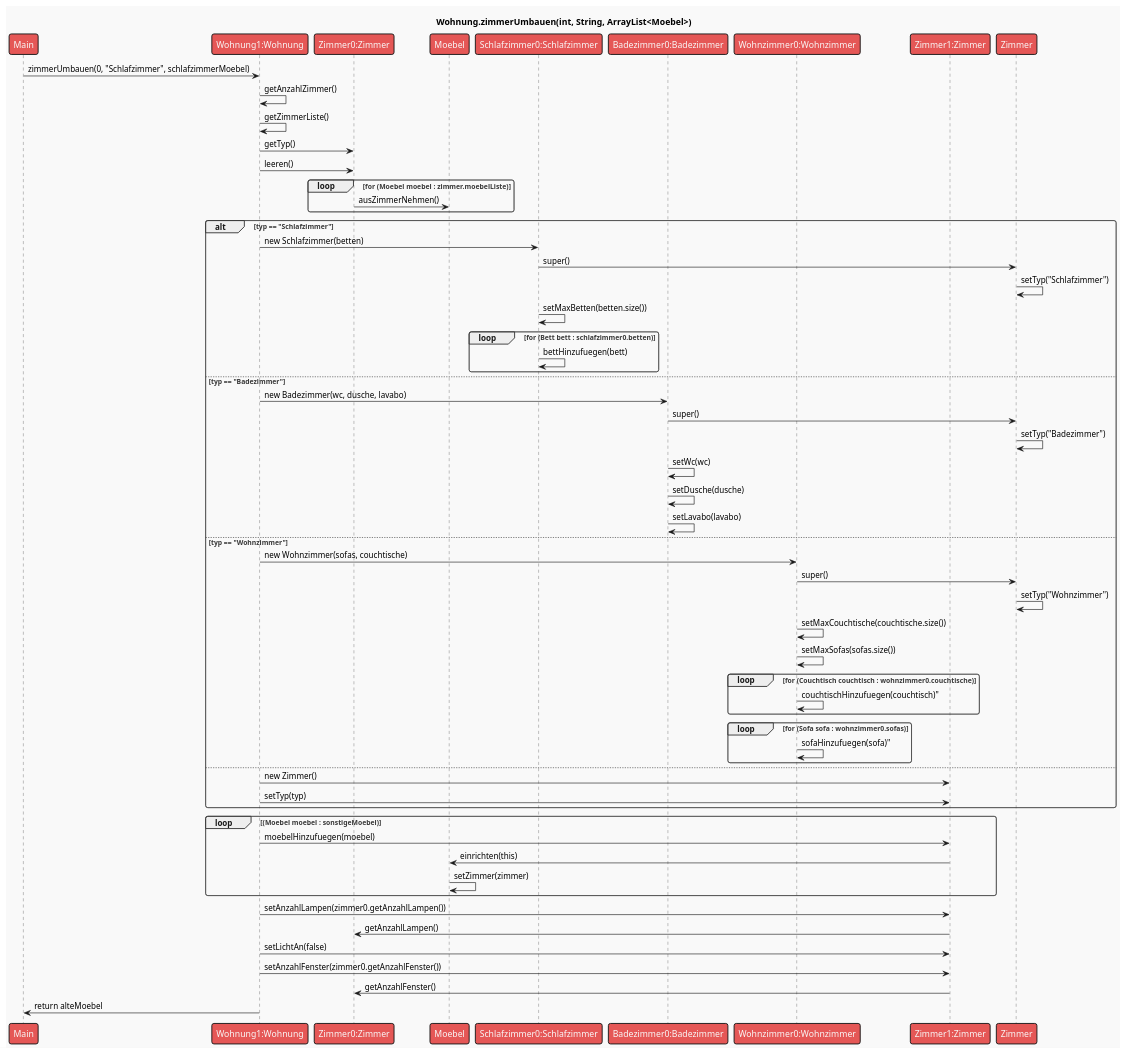
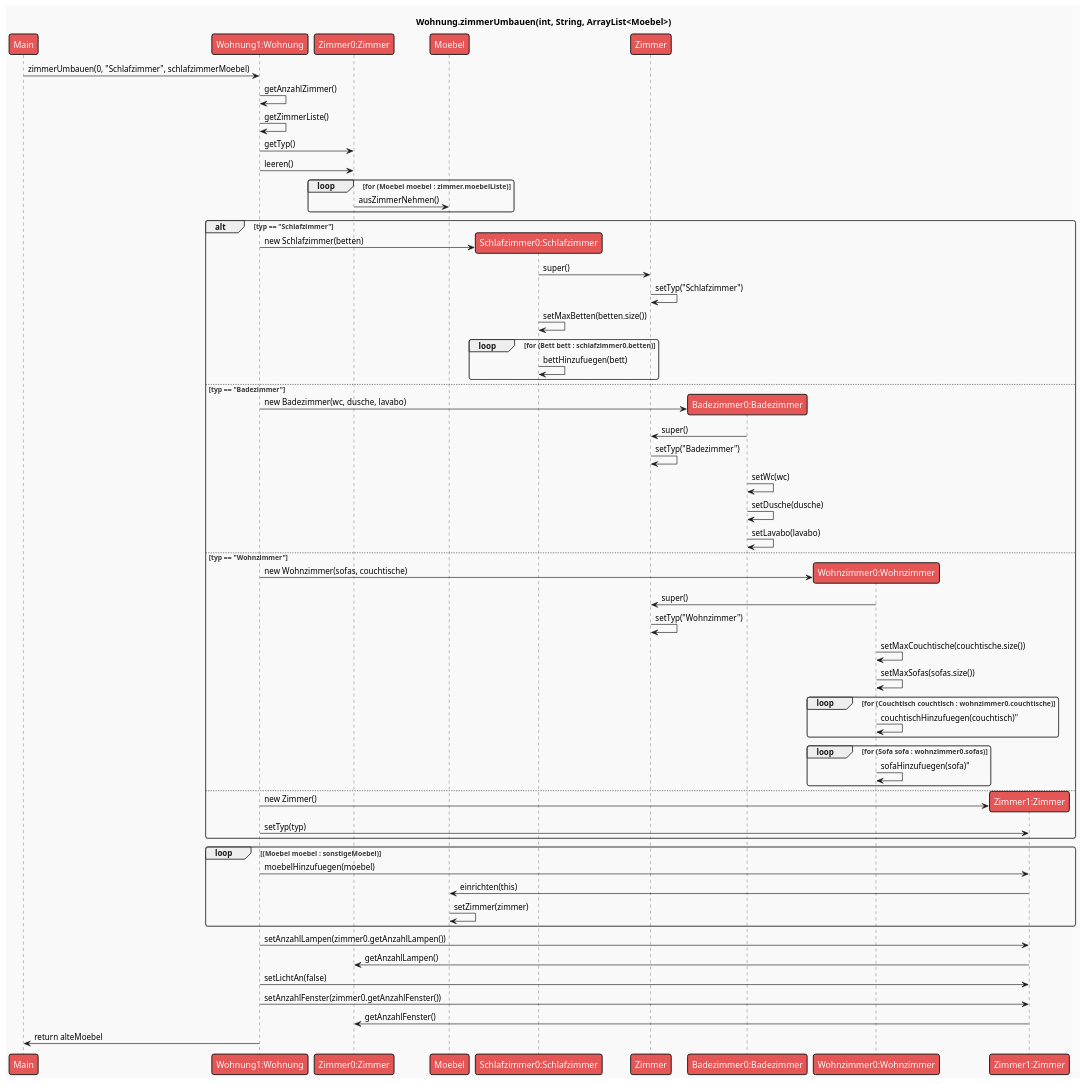
The diagram in beziehungen/sequenzdiagramm.puml (NoOneHardy/BZT-M320), drawn with PlantUML before and after one commit. The commit also changed 5 other files, not shown here.

Commit message:
Diagramme Beziehungen

```diff
--- a/beziehungen/sequenzdiagramm.puml
+++ b/beziehungen/sequenzdiagramm.puml
@@ -4,70 +4,70 @@
 @startuml
 
 !theme mars
 
 title Wohnung.zimmerUmbauen(int, String, ArrayList<Moebel>)
 
 participant Main
 participant "Wohnung1:Wohnung"
 participant "Zimmer0:Zimmer"
 participant Moebel
-participant "Schlafzimmer0:Schlafzimmer"
-participant "Badezimmer0:Badezimmer"
-participant "Wohnzimmer0:Wohnzimmer"
-participant "Zimmer1:Zimmer"
 
 Main -> "Wohnung1:Wohnung" : zimmerUmbauen(0, "Schlafzimmer", schlafzimmerMoebel)
 /'schlafzimmerMoebel = [Bett bett1, Bett bett2, Moebel spiegel]'/
 "Wohnung1:Wohnung" -> "Wohnung1:Wohnung" : getAnzahlZimmer()
 "Wohnung1:Wohnung" -> "Wohnung1:Wohnung" : getZimmerListe()
 "Wohnung1:Wohnung" -> "Zimmer0:Zimmer" : getTyp()
 "Wohnung1:Wohnung" -> "Zimmer0:Zimmer" : leeren()
 loop for (Moebel moebel : zimmer.moebelListe)
     "Zimmer0:Zimmer" -> Moebel : ausZimmerNehmen()
 end
 alt typ == "Schlafzimmer"
+create "Schlafzimmer0:Schlafzimmer"
 "Wohnung1:Wohnung" -> "Schlafzimmer0:Schlafzimmer" : new Schlafzimmer(betten)
 "Schlafzimmer0:Schlafzimmer" -> Zimmer : super()
 Zimmer -> Zimmer : setTyp("Schlafzimmer")
 "Schlafzimmer0:Schlafzimmer" -> "Schlafzimmer0:Schlafzimmer" : setMaxBetten(betten.size())
 loop for (Bett bett : schlafzimmer0.betten)
 "Schlafzimmer0:Schlafzimmer" -> "Schlafzimmer0:Schlafzimmer" : bettHinzufuegen(bett)
 end
 else typ == "Badezimmer"
+create "Badezimmer0:Badezimmer"
 "Wohnung1:Wohnung" -> "Badezimmer0:Badezimmer" : new Badezimmer(wc, dusche, lavabo)
 "Badezimmer0:Badezimmer" -> Zimmer : super()
 Zimmer -> Zimmer : setTyp("Badezimmer")
 "Badezimmer0:Badezimmer" -> "Badezimmer0:Badezimmer" : setWc(wc)
 "Badezimmer0:Badezimmer" -> "Badezimmer0:Badezimmer" : setDusche(dusche)
 "Badezimmer0:Badezimmer" -> "Badezimmer0:Badezimmer" : setLavabo(lavabo)
 else typ == "Wohnzimmer"
+create "Wohnzimmer0:Wohnzimmer"
 "Wohnung1:Wohnung" -> "Wohnzimmer0:Wohnzimmer" : new Wohnzimmer(sofas, couchtische)
 "Wohnzimmer0:Wohnzimmer" -> Zimmer : super()
 Zimmer -> Zimmer : setTyp("Wohnzimmer")
 "Wohnzimmer0:Wohnzimmer" -> "Wohnzimmer0:Wohnzimmer" : setMaxCouchtische(couchtische.size())
 "Wohnzimmer0:Wohnzimmer" -> "Wohnzimmer0:Wohnzimmer" : setMaxSofas(sofas.size())
 loop for (Couchtisch couchtisch : wohnzimmer0.couchtische)
 "Wohnzimmer0:Wohnzimmer" -> "Wohnzimmer0:Wohnzimmer" : couchtischHinzufuegen(couchtisch)"
 end
 loop for (Sofa sofa : wohnzimmer0.sofas)
 "Wohnzimmer0:Wohnzimmer" -> "Wohnzimmer0:Wohnzimmer" : sofaHinzufuegen(sofa)"
 end
 else
+create "Zimmer1:Zimmer"
 "Wohnung1:Wohnung" -> "Zimmer1:Zimmer" : new Zimmer()
 "Wohnung1:Wohnung" -> "Zimmer1:Zimmer" : setTyp(typ)
 end
 
 loop (Moebel moebel : sonstigeMoebel)
 "Wohnung1:Wohnung" -> "Zimmer1:Zimmer" : moebelHinzufuegen(moebel)
 "Zimmer1:Zimmer" -> Moebel : einrichten(this)
 Moebel -> Moebel : setZimmer(zimmer)
 end
 
 "Wohnung1:Wohnung" -> "Zimmer1:Zimmer" : setAnzahlLampen(zimmer0.getAnzahlLampen())
 "Zimmer1:Zimmer" -> "Zimmer0:Zimmer" : getAnzahlLampen()
 "Wohnung1:Wohnung" -> "Zimmer1:Zimmer" : setLichtAn(false)
 "Wohnung1:Wohnung" -> "Zimmer1:Zimmer" : setAnzahlFenster(zimmer0.getAnzahlFenster())
 "Zimmer1:Zimmer" -> "Zimmer0:Zimmer" : getAnzahlFenster()
 
 "Wohnung1:Wohnung" -> Main : return alteMoebel
 @enduml
```
